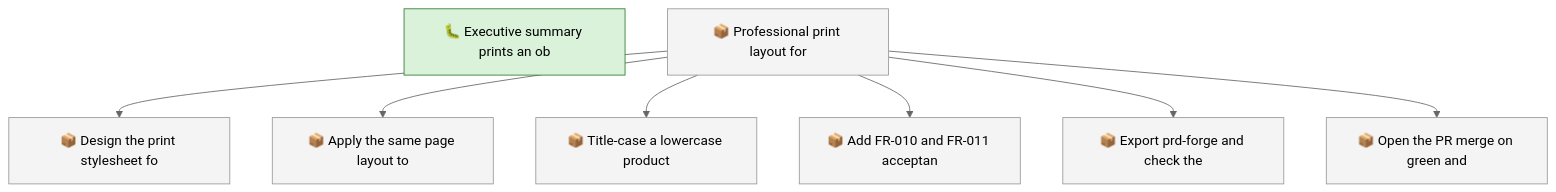
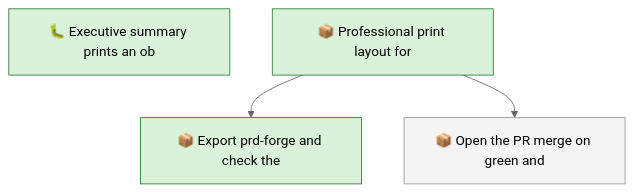
Before and after one commit to SpillwaveSolutions/prd-forge-viewer: the first of 2 diagrams in docs/roadmap.md, drawn with Mermaid (neutral theme). The commit also changed other lines of this file and 27 other files, not shown here.

First line of the commit message:
feat: professional page layout for PDF and Word exports (#228)

````diff
--- a/docs/roadmap.md
+++ b/docs/roadmap.md
@@ -49,21 +51,13 @@
 ```mermaid
 graph TD
     01M6HNNFB76PGJKVMB2YYJ95N9["🐛 Executive summary prints an ob"]
     01M7JYNEDBP6V12CES431GFAF6["📦 Professional print layout for"]
-    01M7JYNEEAE60FVW4Z9HH8SAX9["📦 Design the print stylesheet fo"]
-    01M7JYNEEB98P8ZRP6935B5AR6["📦 Apply the same page layout to"]
-    01M7JYNEEB98P8ZRP6935B5AR8["📦 Title-case a lowercase product"]
-    01M7JYNEECM7V957HNK5G96QV3["📦 Add FR-010 and FR-011 acceptan"]
     01M7JYNEECM7V957HNK5G96QV5["📦 Export prd-forge and check the"]
     01M7JYNEECM7V957HNK5G96QV7["📦 Open the PR merge on green and"]
-    01M7JYNEDBP6V12CES431GFAF6 --> 01M7JYNEEAE60FVW4Z9HH8SAX9
-    01M7JYNEDBP6V12CES431GFAF6 --> 01M7JYNEEB98P8ZRP6935B5AR6
-    01M7JYNEDBP6V12CES431GFAF6 --> 01M7JYNEEB98P8ZRP6935B5AR8
-    01M7JYNEDBP6V12CES431GFAF6 --> 01M7JYNEECM7V957HNK5G96QV3
     01M7JYNEDBP6V12CES431GFAF6 --> 01M7JYNEECM7V957HNK5G96QV5
     01M7JYNEDBP6V12CES431GFAF6 --> 01M7JYNEECM7V957HNK5G96QV7
     classDef todo fill:#f4f4f4,stroke:#999999
-    class 01M7JYNEDBP6V12CES431GFAF6,01M7JYNEEAE60FVW4Z9HH8SAX9,01M7JYNEEB98P8ZRP6935B5AR6,01M7JYNEEB98P8ZRP6935B5AR8,01M7JYNEECM7V957HNK5G96QV3,01M7JYNEECM7V957HNK5G96QV5,01M7JYNEECM7V957HNK5G96QV7 todo
+    class 01M7JYNEECM7V957HNK5G96QV7 todo
     classDef in_progress fill:#d9f2d9,stroke:#2e7d32
-    class 01M6HNNFB76PGJKVMB2YYJ95N9 in_progress
+    class 01M6HNNFB76PGJKVMB2YYJ95N9,01M7JYNEDBP6V12CES431GFAF6,01M7JYNEECM7V957HNK5G96QV5 in_progress
 ```
````
